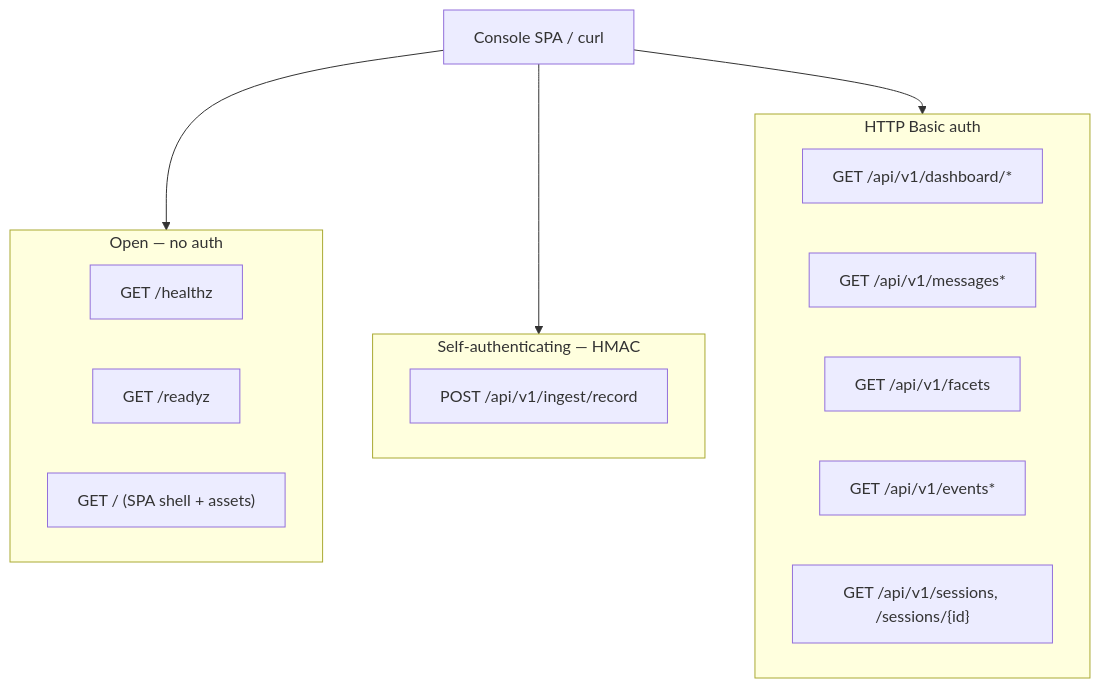
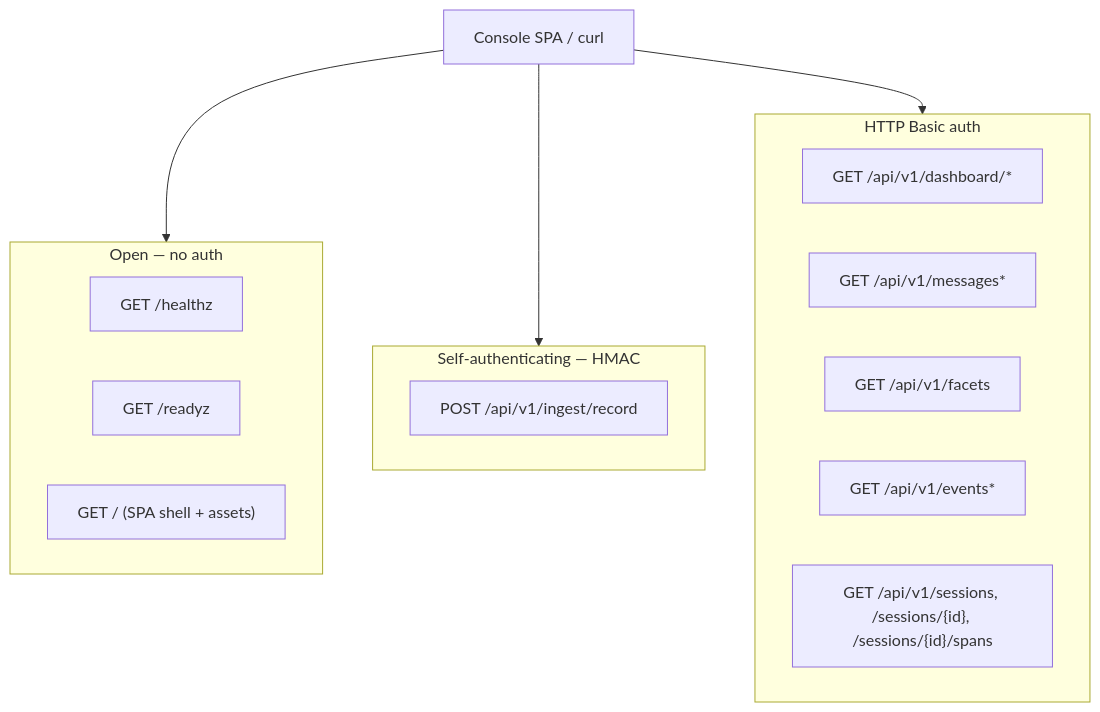
One commit to andyjmorgan/slipspace-gateway changed the diagram in docs/telemetry-service-api.md. Above: the diagram before and after it, drawn with Mermaid. The commit also changed other lines of this file and 7 other files, not shown here.

````diff
--- a/docs/telemetry-service-api.md
+++ b/docs/telemetry-service-api.md
@@ -23,22 +23,22 @@
 ```mermaid
 flowchart TD
   client[Console SPA / curl]
   subgraph open[Open — no auth]
     health["GET /healthz"]
     ready["GET /readyz"]
     spa["GET / (SPA shell + assets)"]
   end
   subgraph hmac[Self-authenticating — HMAC]
     ingest["POST /api/v1/ingest/record"]
   end
   subgraph gated[HTTP Basic auth]
     dash["GET /api/v1/dashboard/*"]
     msgs["GET /api/v1/messages*"]
     facets["GET /api/v1/facets"]
     events["GET /api/v1/events*"]
-    sessions["GET /api/v1/sessions, /sessions/{id}"]
+    sessions["GET /api/v1/sessions, /sessions/{id}, /sessions/{id}/spans"]
   end
   client --> open
   client --> hmac
   client --> gated
 ```
````
